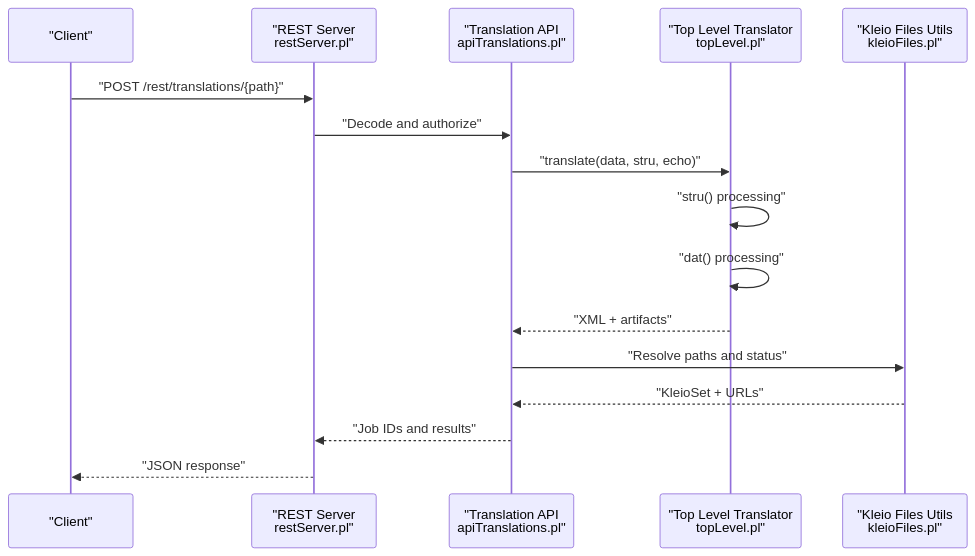
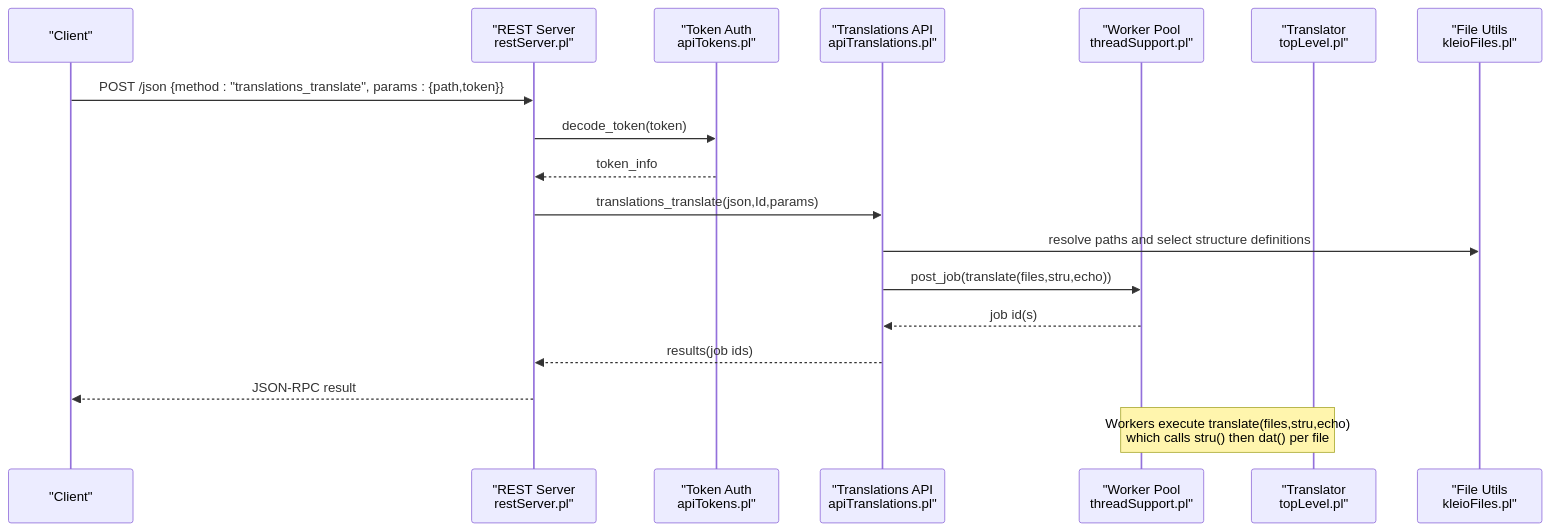
The second of 4 diagrams in .qoder/repowiki/en/content/Project Overview/Project Overview.md (time-link/timelink-kleio), drawn with Mermaid before and after one commit. The commit also changed other lines of this file and 225 other files, not shown here.

````diff
--- a/.qoder/repowiki/en/content/Project Overview/Project Overview.md
+++ b/.qoder/repowiki/en/content/Project Overview/Project Overview.md
@@ -109,18 +107,20 @@
 ```mermaid
 sequenceDiagram
 participant Client as "Client"
 participant REST as "REST Server<br/>restServer.pl"
-participant Trans as "Translation API<br/>apiTranslations.pl"
-participant TL as "Top Level Translator<br/>topLevel.pl"
-participant FS as "Kleio Files Utils<br/>kleioFiles.pl"
-Client->>REST : "POST /rest/translations/{path}"
-REST->>Trans : "Decode and authorize"
-Trans->>TL : "translate(data, stru, echo)"
-TL->>TL : "stru() processing"
-TL->>TL : "dat() processing"
-TL-->>Trans : "XML + artifacts"
-Trans->>FS : "Resolve paths and status"
-FS-->>Trans : "KleioSet + URLs"
-Trans-->>REST : "Job IDs and results"
-REST-->>Client : "JSON response"
+participant Auth as "Token Auth<br/>apiTokens.pl"
+participant Trans as "Translations API<br/>apiTranslations.pl"
+participant Threads as "Worker Pool<br/>threadSupport.pl"
+participant TL as "Translator<br/>topLevel.pl"
+participant Files as "File Utils<br/>kleioFiles.pl"
+Client->>REST : POST /json {method : "translations_translate", params : {path,token}}
+REST->>Auth : decode_token(token)
+Auth-->>REST : token_info
+REST->>Trans : translations_translate(json,Id,params)
+Trans->>Files : resolve paths and select structure definitions
+Trans->>Threads : post_job(translate(files,stru,echo))
+Threads-->>Trans : job id(s)
+Trans-->>REST : results(job ids)
+REST-->>Client : JSON-RPC result
+Note over Threads,TL : Workers execute translate(files,stru,echo)<br/>which calls stru() then dat() per file
 ```
````
